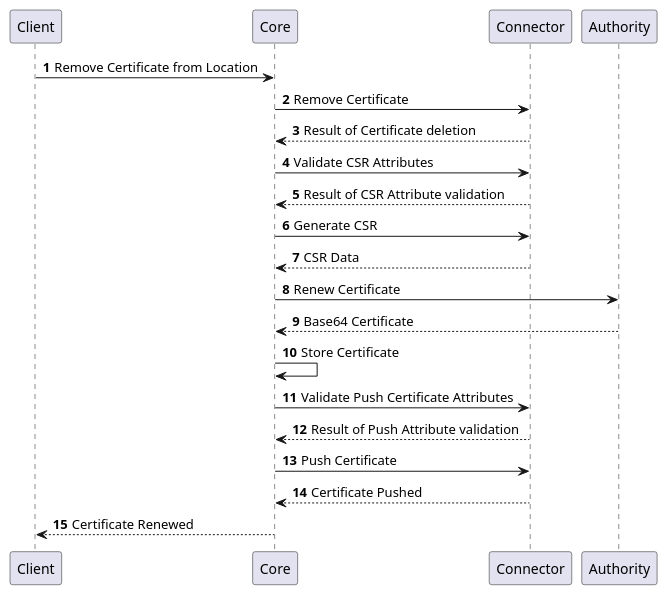
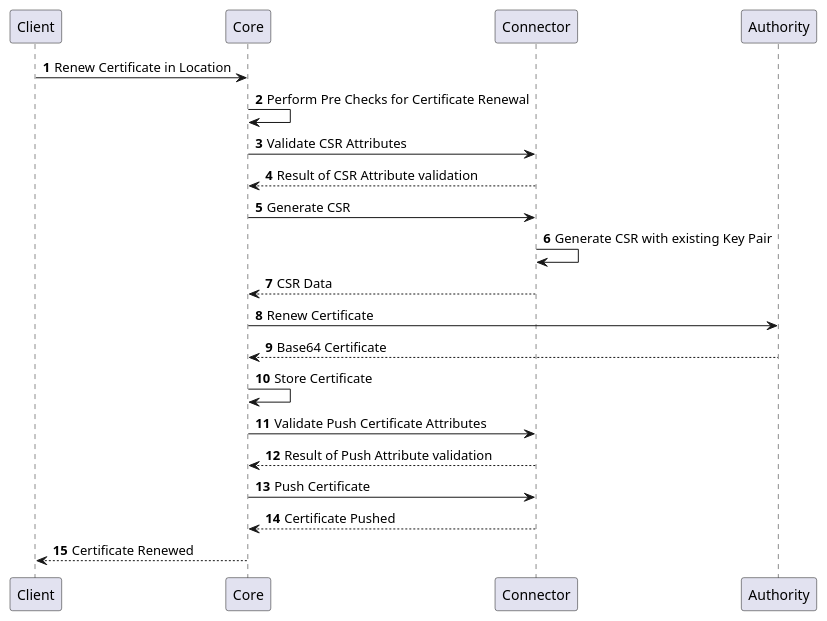
Before and after one commit to CZERTAINLY/CZERTAINLY-Documentation: diagram 12 of 14 in docs/12-connectors/05-description/32-entity-provider.md, drawn with PlantUML. The commit also changed other lines of this file and 4 other files, not shown here.

````diff
--- a/docs/12-connectors/05-description/32-entity-provider.md
+++ b/docs/12-connectors/05-description/32-entity-provider.md
@@ -247,21 +249,21 @@
 ```plantuml
     @startuml
     autonumber
     skinparam topurl https://docs.czertainly.com/api/
-        Client -> Core [[core-location/#tag/Location-Management-API/operation/renewCertificateInLocation]]: Remove Certificate from Location
-        Core -> Connector [[connector-entity-provider/#tag/Location-Operations-API/operation/removeCertificateFromLocation]]: Remove Certificate
-        Connector --> Core: Result of Certificate deletion
+        Client -> Core [[core-location/#tag/Location-Management-API/operation/renewCertificateInLocation]]: Renew Certificate in Location
+        Core -> Core: Perform Pre Checks for Certificate Renewal
         Core -> Connector [[connector-entity-provider/#tag/Location-Operations-API/operation/validateGenerateCsrAttributes]]: Validate CSR Attributes
         Connector --> Core: Result of CSR Attribute validation
         Core -> Connector [[connector-entity-provider/#tag/Location-Operations-API/operation/generateCsrLocation]]: Generate CSR
+        Connector -> Connector: Generate CSR with existing Key Pair
         Connector --> Core: CSR Data
         Core -> Authority [[connector-authority-provider-v2/#tag/Certificate-Management-API/operation/renewCertificate]]: Renew Certificate
         Authority --> Core: Base64 Certificate
         Core -> Core: Store Certificate
         Core -> Connector [[connector-entity-provider/#tag/Location-Operations-API/operation/validatePushCertificateAttributes]]: Validate Push Certificate Attributes
         Connector --> Core: Result of Push Attribute validation
         Core -> Connector [[connector-entity-provider/#tag/Location-Operations-API/operation/pushCertificateToLocation]]: Push Certificate
         Connector --> Core: Certificate Pushed
         Core --> Client: Certificate Renewed
     @enduml
 ```
````
